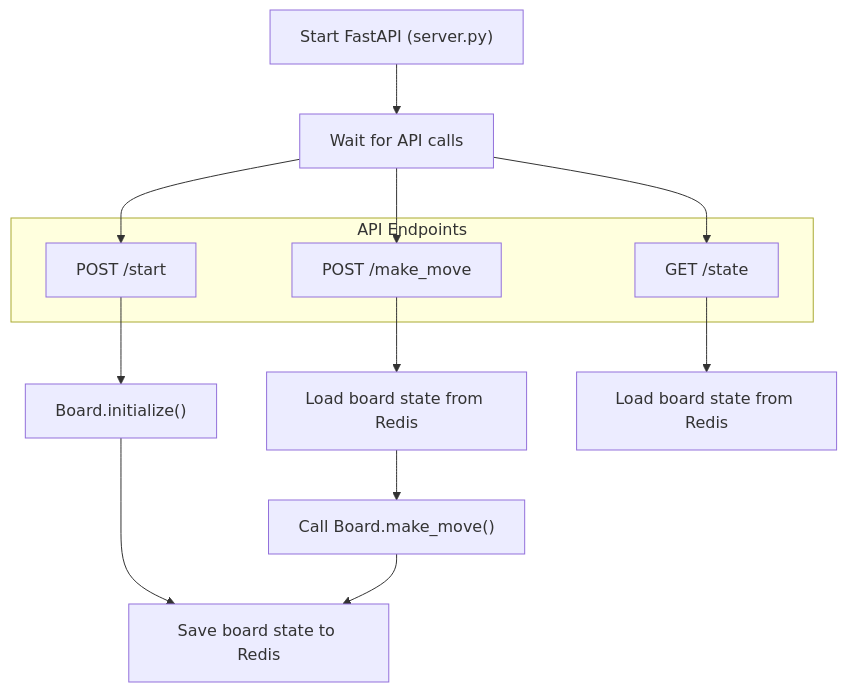
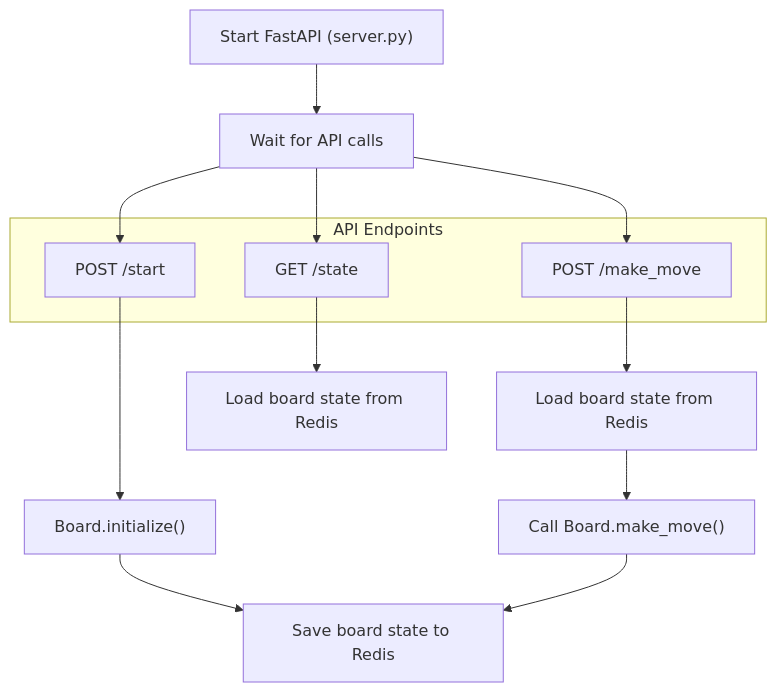
One commit to ninjamar/lvgai-scrabble changed the diagram in diagrams/server.mmd. Above: the diagram before and after it, drawn with Mermaid. The commit also changed 11 other files, not shown here.

```diff
--- a/diagrams/server.mmd
+++ b/diagrams/server.mmd
@@ -1,24 +1,18 @@
+---
+config:
+  layout: dagre
+---
 flowchart TD
-    Start["Start FastAPI (server.py)"]
-    WaitRequests["Wait for API calls"]
-
-    Start --> WaitRequests
-
-    subgraph Endpoints ["API Endpoints"]
+ subgraph Endpoints["API Endpoints"]
         StartEndpoint["POST /start"]
         MakeMoveEndpoint["POST /make_move"]
         StateEndpoint["GET /state"]
-    end
-
-    WaitRequests --> StartEndpoint
-    WaitRequests --> MakeMoveEndpoint
-    WaitRequests --> StateEndpoint
-
+  end
+    Start["Start FastAPI (server.py)"] --> WaitRequests["Wait for API calls"]
+    WaitRequests --> StartEndpoint & MakeMoveEndpoint & StateEndpoint
     StartEndpoint --> GameLogicInit["Board.initialize()"]
     GameLogicInit --> SaveToRedis["Save board state to Redis"]
-
     MakeMoveEndpoint --> LoadFromRedis1["Load board state from Redis"]
     LoadFromRedis1 --> ApplyMove["Call Board.make_move()"]
     ApplyMove --> SaveToRedis
-
     StateEndpoint --> LoadFromRedis2["Load board state from Redis"]
```
